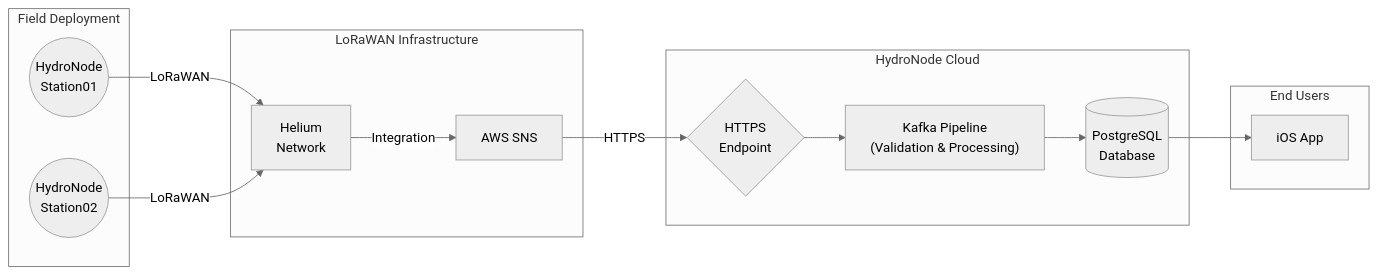
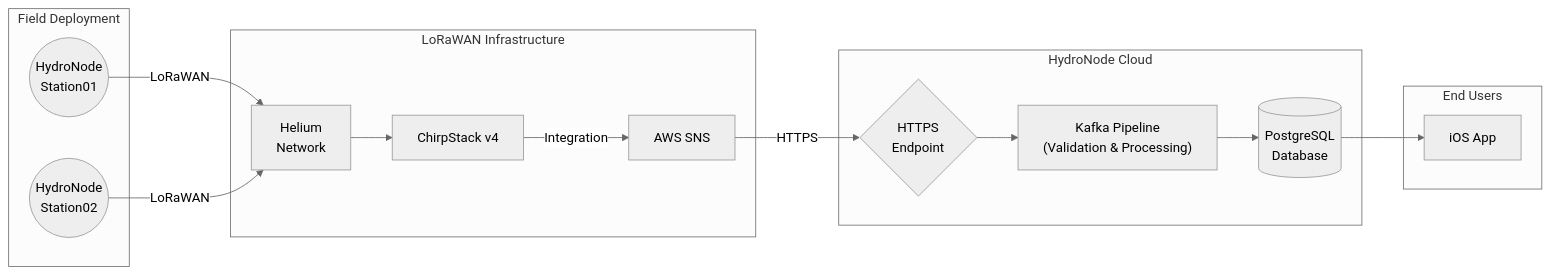
Before and after one commit to TexhFexLabs/HydroNodeStation: the diagram in README.md, drawn with Mermaid (neutral theme). The commit also changed other lines of this file and 6 other files, not shown here.

````diff
--- a/README.md
+++ b/README.md
@@ -79,30 +83,32 @@
 ```mermaid
 flowchart LR
     subgraph Field ["Field Deployment"]
         Node1(("HydroNode\nStation01"))
         Node2(("HydroNode\nStation02"))
     end
 
     subgraph Network ["LoRaWAN Infrastructure"]
         Helium["Helium\nNetwork"]
+        ChirpStack["ChirpStack v4"]
         SNS["AWS SNS"]
     end
 
     subgraph Backend ["HydroNode Cloud"]
         API{"HTTPS\nEndpoint"}
         Kafka["Kafka Pipeline\n(Validation & Processing)"]
         DB[("PostgreSQL\nDatabase")]
     end
 
     subgraph Client ["End Users"]
         App["iOS App"]
     end
 
     Node1 -- LoRaWAN --> Helium
     Node2 -- LoRaWAN --> Helium
-    Helium -- Integration --> SNS
+    Helium --> ChirpStack
+    ChirpStack -- Integration --> SNS
     SNS -- HTTPS --> API
     API --> Kafka
     Kafka --> DB
     DB --> App
 ```
````
